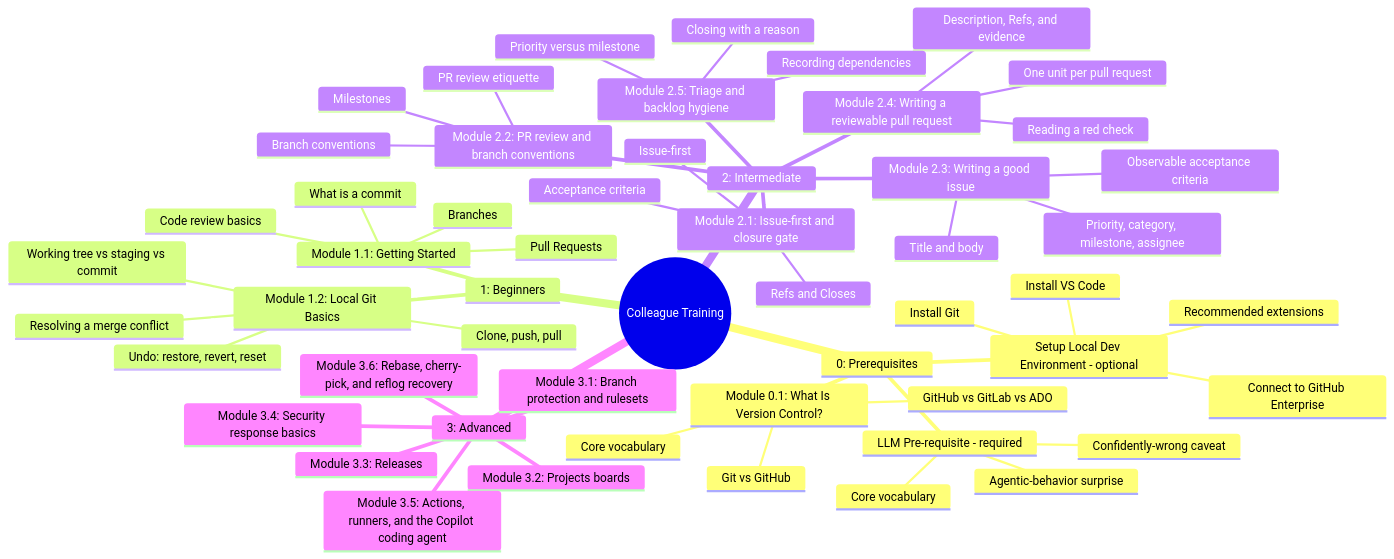
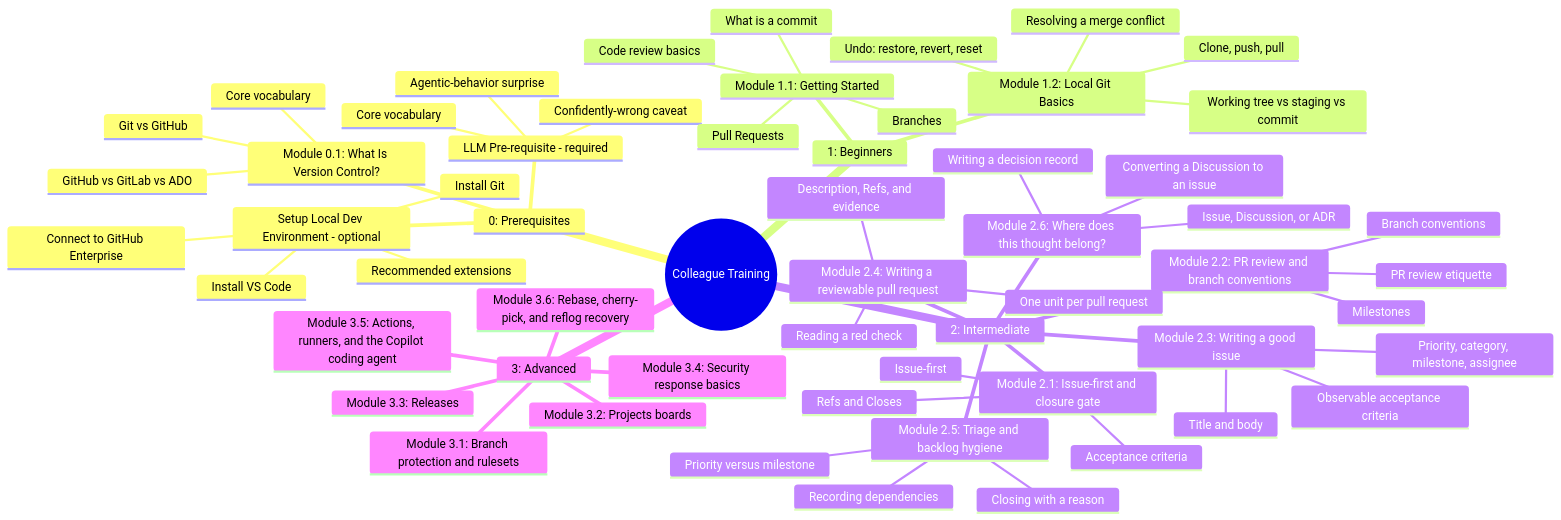
One commit to JeanKadang/DOC-GitHub-Practice-Skills changed the second of 2 diagrams in education/README.md. Above: the diagram before and after it, drawn with Mermaid. The commit also changed other lines of this file and 3 other files, not shown here.

First line of the commit message:
docs: add Module 2.6, where does this thought belong

````diff
--- a/education/README.md
+++ b/education/README.md
@@ -102,57 +104,61 @@
 ```mermaid
 mindmap
   root((Colleague Training))
     0: Prerequisites
       Module 0.1: What Is Version Control?
         Git vs GitHub
         Core vocabulary
         GitHub vs GitLab vs ADO
       LLM Pre-requisite - required
         Core vocabulary
         Agentic-behavior surprise
         Confidently-wrong caveat
       Setup Local Dev Environment - optional
         Install Git
         Install VS Code
         Connect to GitHub Enterprise
         Recommended extensions
     1: Beginners
       Module 1.1: Getting Started
         What is a commit
         Branches
         Pull Requests
         Code review basics
       Module 1.2: Local Git Basics
         Working tree vs staging vs commit
         Clone, push, pull
         Resolving a merge conflict
         Undo: restore, revert, reset
     2: Intermediate
       Module 2.1: Issue-first and closure gate
         Issue-first
         Refs and Closes
         Acceptance criteria
       Module 2.2: PR review and branch conventions
         PR review etiquette
         Branch conventions
         Milestones
       Module 2.3: Writing a good issue
         Title and body
         Observable acceptance criteria
         Priority, category, milestone, assignee
       Module 2.4: Writing a reviewable pull request
         One unit per pull request
         Description, Refs, and evidence
         Reading a red check
       Module 2.5: Triage and backlog hygiene
         Priority versus milestone
         Recording dependencies
         Closing with a reason
+      Module 2.6: Where does this thought belong?
+        Issue, Discussion, or ADR
+        Converting a Discussion to an issue
+        Writing a decision record
     3: Advanced
       Module 3.1: Branch protection and rulesets
       Module 3.2: Projects boards
       Module 3.3: Releases
       Module 3.4: Security response basics
       Module 3.5: Actions, runners, and the Copilot coding agent
       Module 3.6: Rebase, cherry-pick, and reflog recovery
 ```
````
